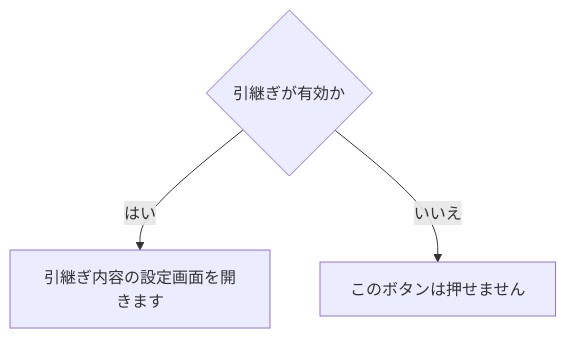
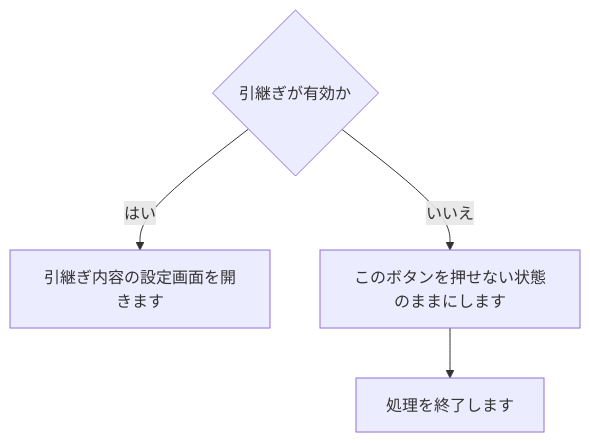
Diagram 19 of 34 in tool/smstokintone/doc/02_設計/処理フロー.md (nishida2073/project_management), drawn with Mermaid before and after one commit. The commit also changed other lines of this file and 5 other files, not shown here.

````diff
--- a/tool/smstokintone/doc/02_設計/処理フロー.md
+++ b/tool/smstokintone/doc/02_設計/処理フロー.md
@@ -323,6 +316,6 @@
 ```mermaid
 flowchart TD
   A{"引継ぎが有効か"}
   A -- はい --> C["引継ぎ内容の設定画面を開きます"]
-  A -- いいえ --> B["このボタンは押せません"]
+  A -- いいえ --> B["このボタンを押せない状態のままにします"] --> Z["処理を終了します"]
 ```
````
